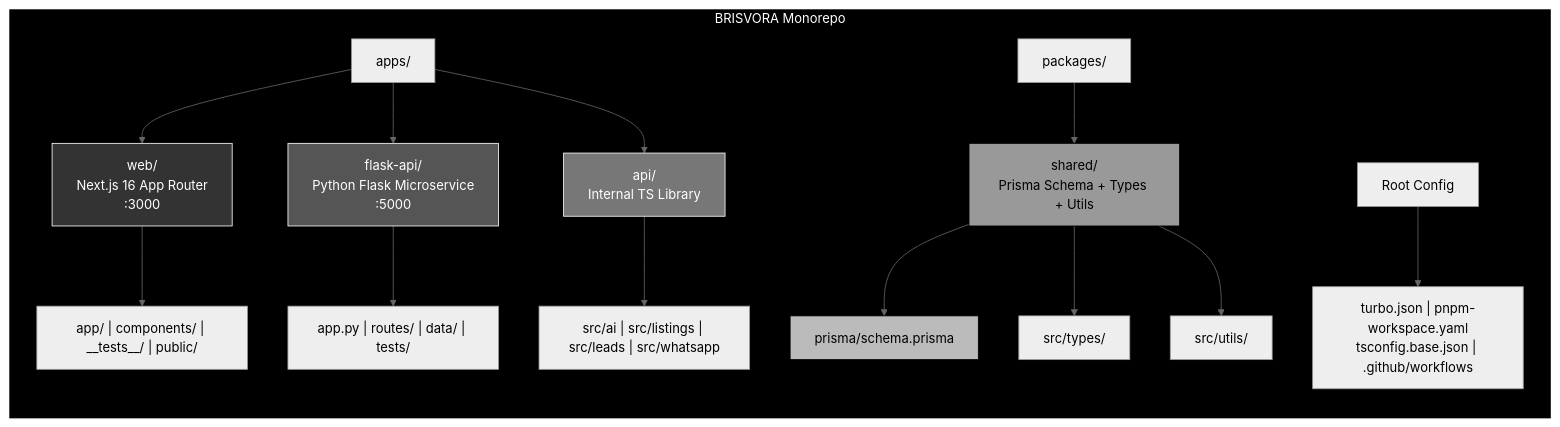
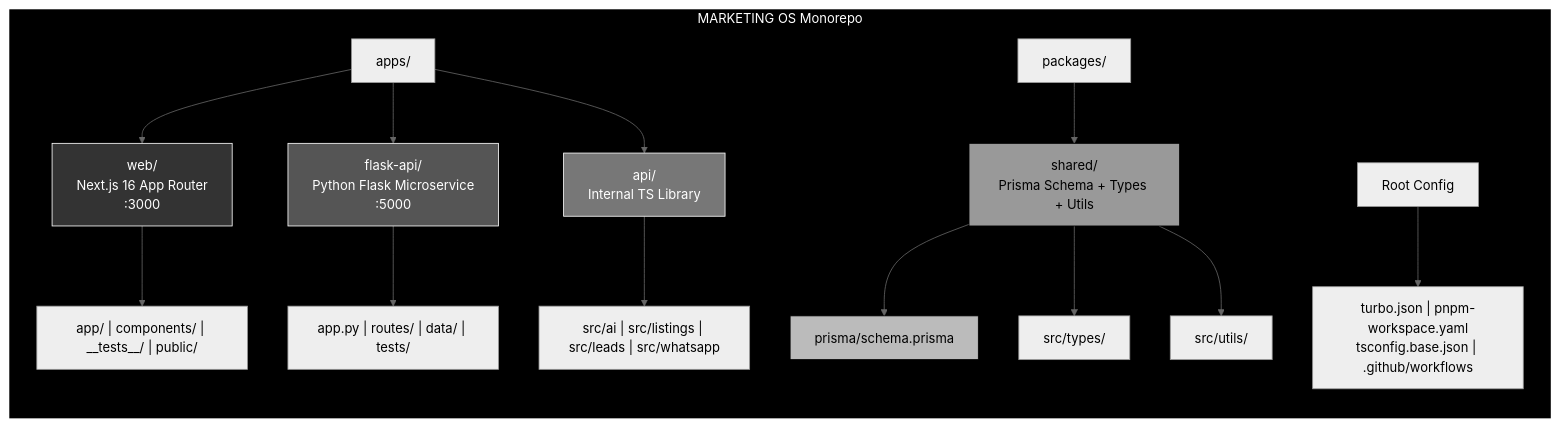
Before and after one commit to DeadCoder-N/Soryvanta: the first of 16 diagrams in README.md, drawn with Mermaid (neutral theme). The commit also changed other lines of this file and 3 other files, not shown here.

````diff
--- a/README.md
+++ b/README.md
@@ -49,27 +47,27 @@
 ```mermaid
 flowchart LR
-    subgraph BRISVORA["BRISVORA Monorepo"]
+    subgraph MARKETING_OS["MARKETING OS Monorepo"]
         direction TB
         APPS["apps/"] --> WEB["web/<br/>Next.js 16 App Router<br/>:3000"]
         APPS --> FLASK["flask-api/<br/>Python Flask Microservice<br/>:5000"]
         APPS --> API["api/<br/>Internal TS Library"]
 
         WEB --> WEB_DIRS["app/ | components/ | __tests__/ | public/"]
         FLASK --> FLASK_DIRS["app.py | routes/ | data/ | tests/"]
         API --> API_SRC["src/ai | src/listings | src/leads | src/whatsapp"]
 
         PACKAGES["packages/"] --> SHARED["shared/<br/>Prisma Schema + Types + Utils"]
         SHARED --> PRISMA["prisma/schema.prisma"]
         SHARED --> TYPES["src/types/"]
         SHARED --> UTILS["src/utils/"]
 
         ROOT["Root Config"] --> FILES["turbo.json | pnpm-workspace.yaml<br/>tsconfig.base.json | .github/workflows"]
     end
 
-    style BRISVORA fill:#000,color:#fff,stroke:#fff,stroke-width:2px
+    style MARKETING_OS fill:#000,color:#fff,stroke:#fff,stroke-width:2px
     style WEB fill:#333,color:#fff,stroke:#fff
     style FLASK fill:#555,color:#fff,stroke:#fff
     style API fill:#777,color:#fff,stroke:#fff
     style SHARED fill:#999,color:#000,stroke:#000
     style PRISMA fill:#bbb,color:#000,stroke:#000
 ```
````
